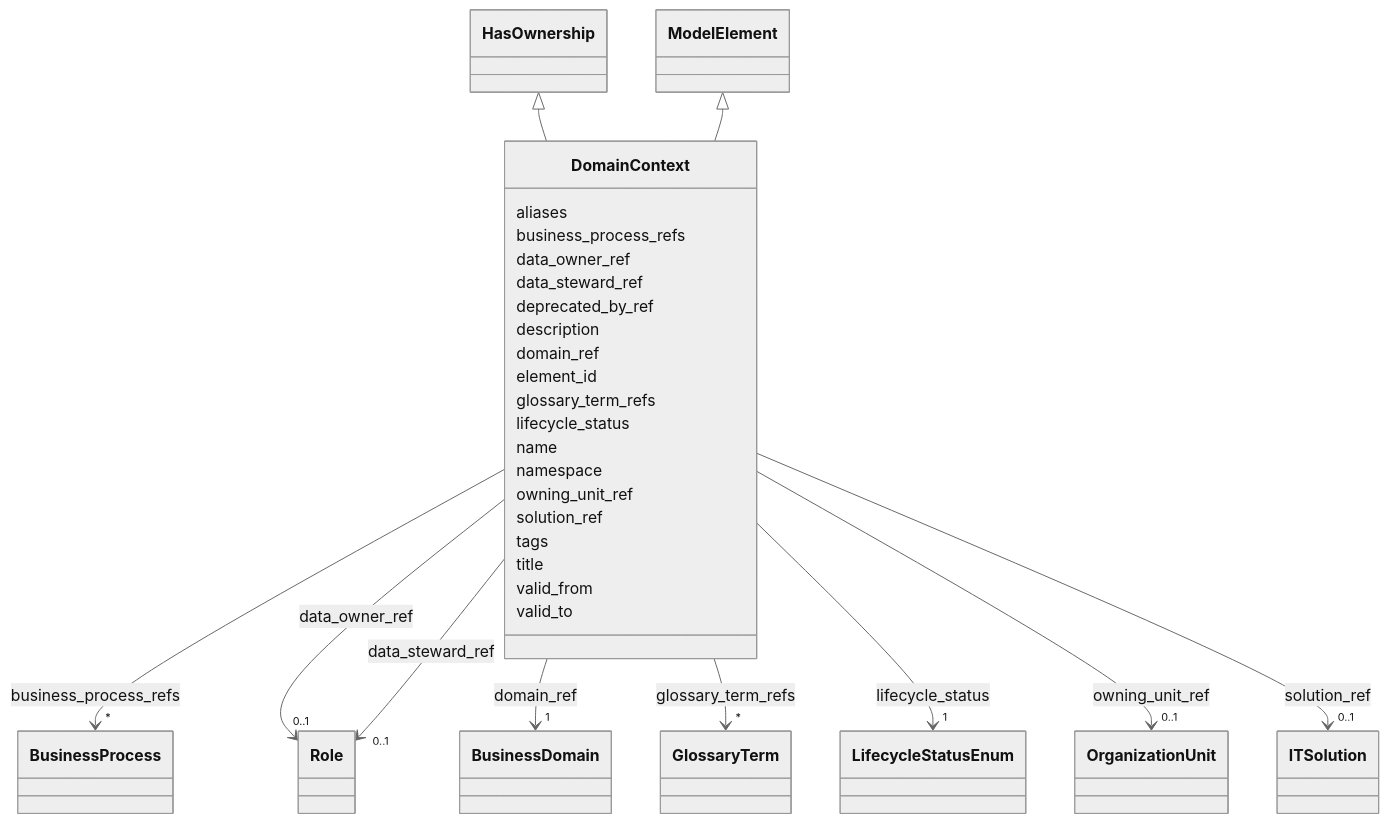
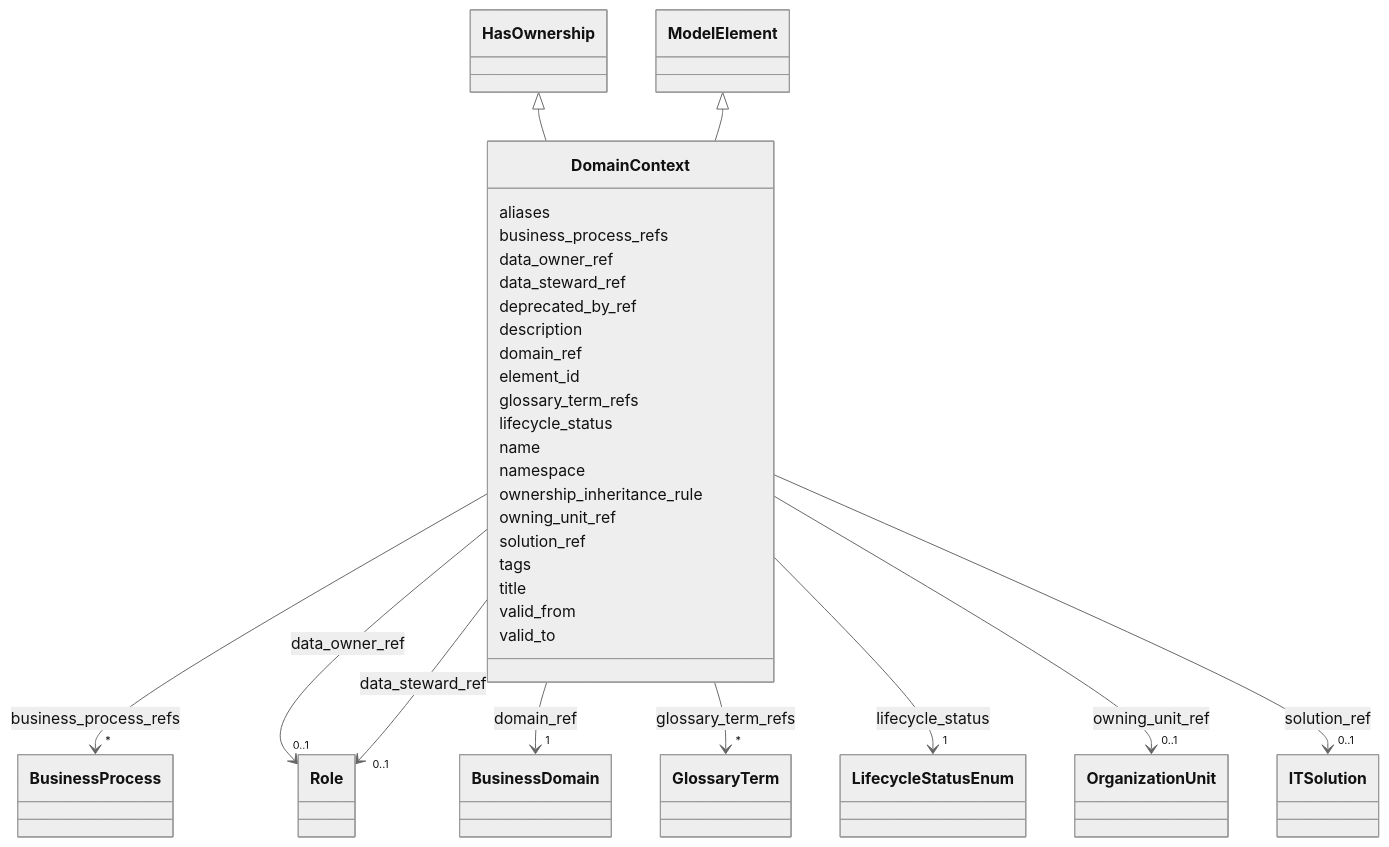
Before and after one commit to oista/moex-data-model: the diagram in generated/artifacts/moex-dams/0.1/diagrams/DomainContext.md, drawn with Mermaid (neutral theme). The commit also changed 68 other files, not shown here.

```diff
--- a/generated/artifacts/moex-dams/0.1/diagrams/DomainContext.md
+++ b/generated/artifacts/moex-dams/0.1/diagrams/DomainContext.md
@@ -88,6 +88,8 @@
         
       DomainContext : namespace
         
+      DomainContext : ownership_inheritance_rule
+        
       DomainContext : owning_unit_ref
         
           
```
